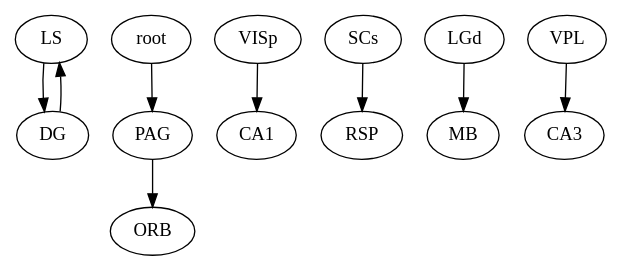
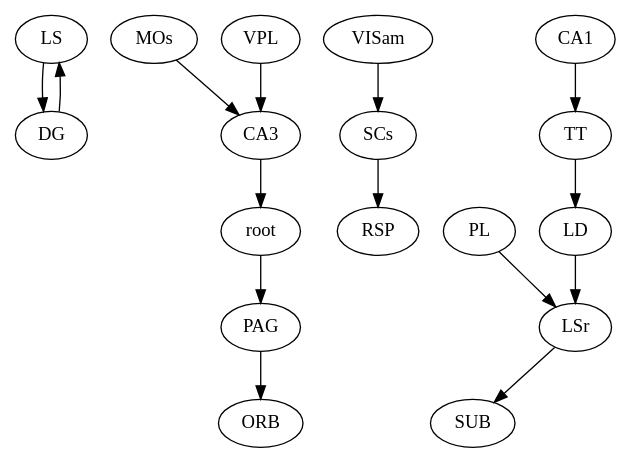
The diagram in final_visual/cu.dot (maryiii/FYI), drawn with Graphviz before and after one commit. The commit also changed 137 other files, not shown here.

```diff
--- a/final_visual/cu.dot
+++ b/final_visual/cu.dot
@@ -1,23 +1,33 @@
 strict digraph  {
-LS;
-DG;
+LS [region="basal ganglia"];
+MOs [region="non-visual cortex"];
+CA3 [region=hippocampal];
+DG [region=hippocampal];
 root;
-VISp;
-SCs;
-PAG;
-LGd;
-VPL;
-CA1;
-RSP;
-ORB;
-MB;
-CA3;
-LS -> DG  [weight="0.04502124624516741"];
-DG -> LS  [weight="0.027766246618550178"];
-root -> PAG  [weight="0.020512435560919542"];
-VISp -> CA1  [weight="0.0401512631350861"];
-SCs -> RSP  [weight="0.04678575815797869"];
-PAG -> ORB  [weight="0.024441988236595477"];
-LGd -> MB  [weight="0.049732248232439796"];
-VPL -> CA3  [weight="0.008589924455594517"];
+VISam [region="visual cortex"];
+SCs [region=midbrain];
+PAG [region=midbrain];
+LSr [region="basal ganglia"];
+VPL [region=thalamus];
+PL [region="non-visual cortex"];
+TT;
+LD [region=thalamus];
+CA1 [region=hippocampal];
+RSP [region="non-visual cortex"];
+ORB [region="non-visual cortex"];
+SUB [region=hippocampal];
+LS -> DG  [weight="3.0051716848089507"];
+MOs -> CA3  [weight="3.9498802451981123"];
+CA3 -> root  [weight="2.223447554278682"];
+DG -> LS  [weight="4.391939041557139"];
+root -> PAG  [weight="6.892377917151305"];
+VISam -> SCs  [weight="5.066947837306984"];
+SCs -> RSP  [weight="8.707704971903146"];
+PAG -> ORB  [weight="3.792897130508181"];
+LSr -> SUB  [weight="-7.737782107120197"];
+VPL -> CA3  [weight="11.601325156448274"];
+PL -> LSr  [weight="5.265183999540325"];
+TT -> LD  [weight="5.473945415954476"];
+LD -> LSr  [weight="6.43985342351794"];
+CA1 -> TT  [weight="12.414010647956353"];
 }
```
